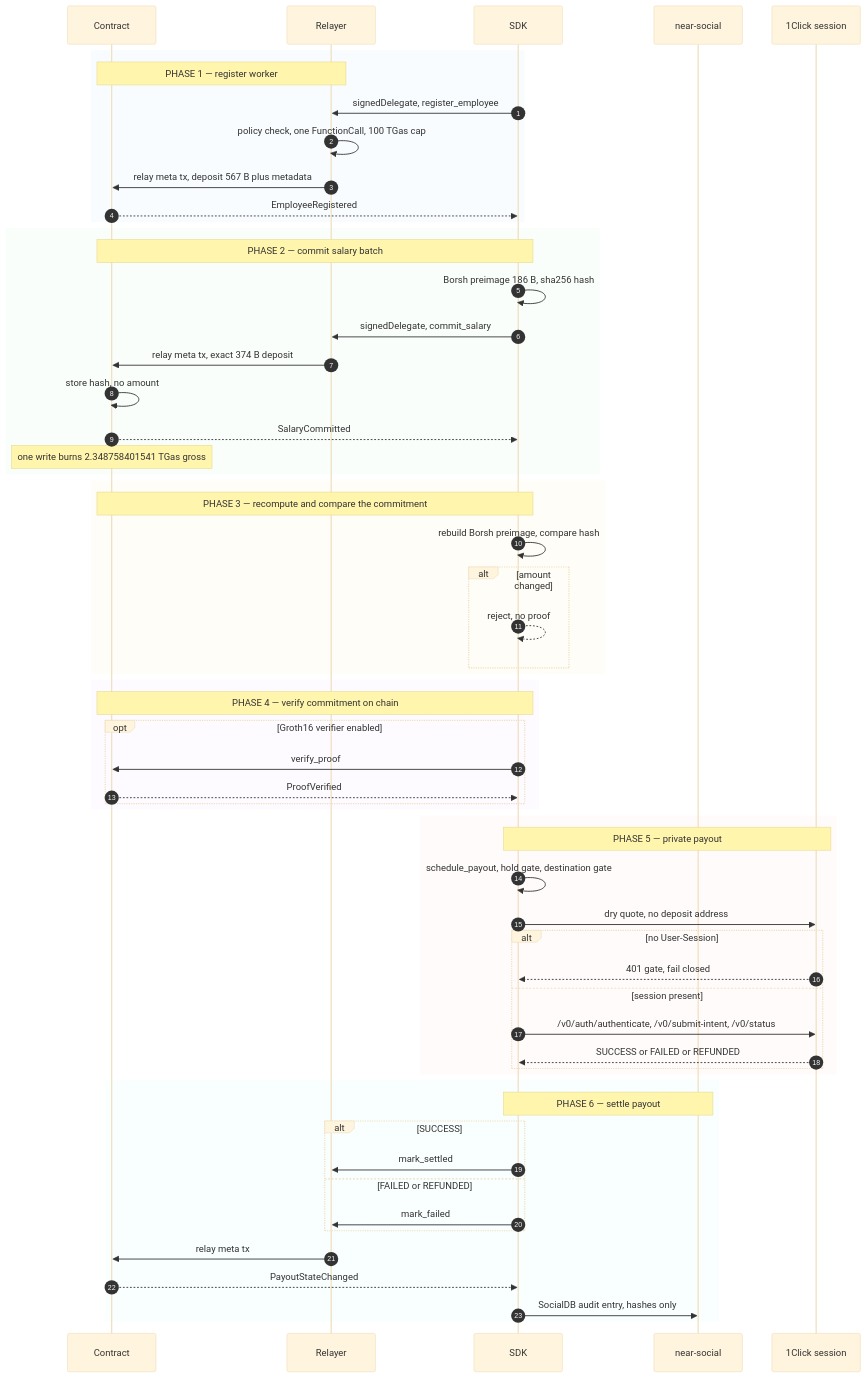
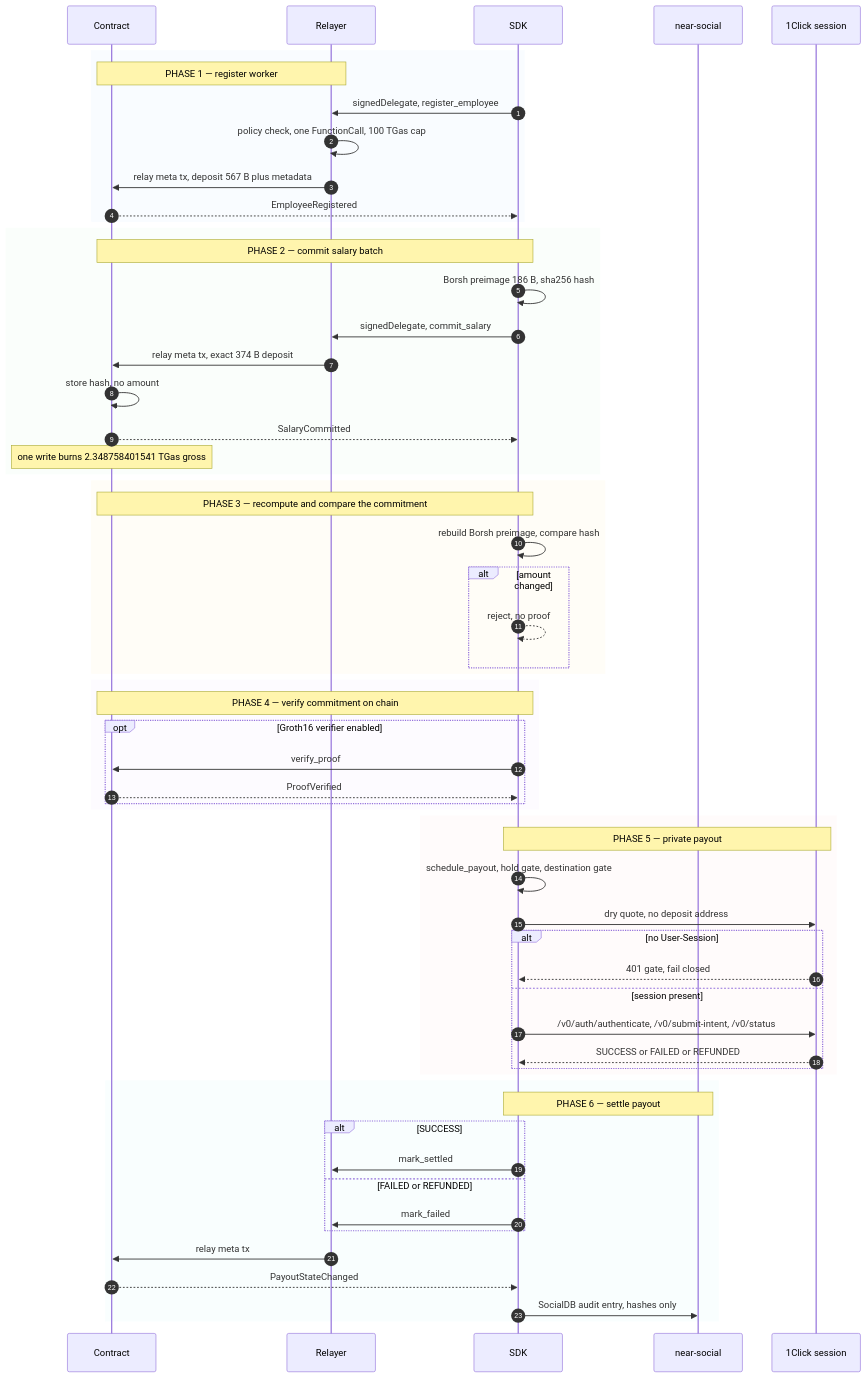
One commit to amolikpe-bit/private-payroll-payments changed the diagram in README.md. Above: the diagram before and after it, drawn with Mermaid.

Commit message:
docs(subrosa): let diagram follow the reader theme

````diff
--- a/README.md
+++ b/README.md
@@ -7,64 +7,63 @@
 ```mermaid
-%%{init: {"theme":"base","themeVariables":{"fontSize":"14px"}}}%%
 sequenceDiagram
     accTitle: subrosa runtime flow
     accDescr: Employer registers workers, commits hashed salaries, verifies proofs, then pays out privately and settles payout state.
     autonumber
     participant C as Contract
     participant R as Relayer
     participant S as SDK
     participant N as near-social
     participant O as 1Click session
     rect rgba(226,238,255,0.20)
     Note over R,C: PHASE 1 — register worker
     S->>R: signedDelegate, register_employee
     R->>R: policy check, one FunctionCall, 100 TGas cap
     R->>C: relay meta tx, deposit 567 B plus metadata
     C-->>S: EmployeeRegistered
     end
     rect rgba(230,247,235,0.20)
     Note over S,C: PHASE 2 — commit salary batch
     S->>S: Borsh preimage 186 B, sha256 hash
     S->>R: signedDelegate, commit_salary
     R->>C: relay meta tx, exact 374 B deposit
     C->>C: store hash, no amount
     C-->>S: SalaryCommitted
     Note over C: one write burns 2.348758401541 TGas gross
     end
     rect rgba(255,244,214,0.20)
     Note over S,C: PHASE 3 — recompute and compare the commitment
     S->>S: rebuild Borsh preimage, compare hash
     alt amount changed
         S-->>S: reject, no proof
     end
     end
     rect rgba(243,232,255,0.20)
     Note over S,C: PHASE 4 — verify commitment on chain
     opt Groth16 verifier enabled
         S->>C: verify_proof
         C-->>S: ProofVerified
     end
     end
     rect rgba(255,232,232,0.20)
     Note over S,O: PHASE 5 — private payout
     S->>S: schedule_payout, hold gate, destination gate
     S->>O: dry quote, no deposit address
     alt no User-Session
         O-->>S: 401 gate, fail closed
     else session present
         S->>O: /v0/auth/authenticate, /v0/submit-intent, /v0/status
         O-->>S: SUCCESS or FAILED or REFUNDED
     end
     end
     rect rgba(224,247,250,0.20)
     Note over S,N: PHASE 6 — settle payout
     alt SUCCESS
         S->>R: mark_settled
     else FAILED or REFUNDED
         S->>R: mark_failed
     end
     R->>C: relay meta tx
     C-->>S: PayoutStateChanged
     S->>N: SocialDB audit entry, hashes only
     end
 ```
````
